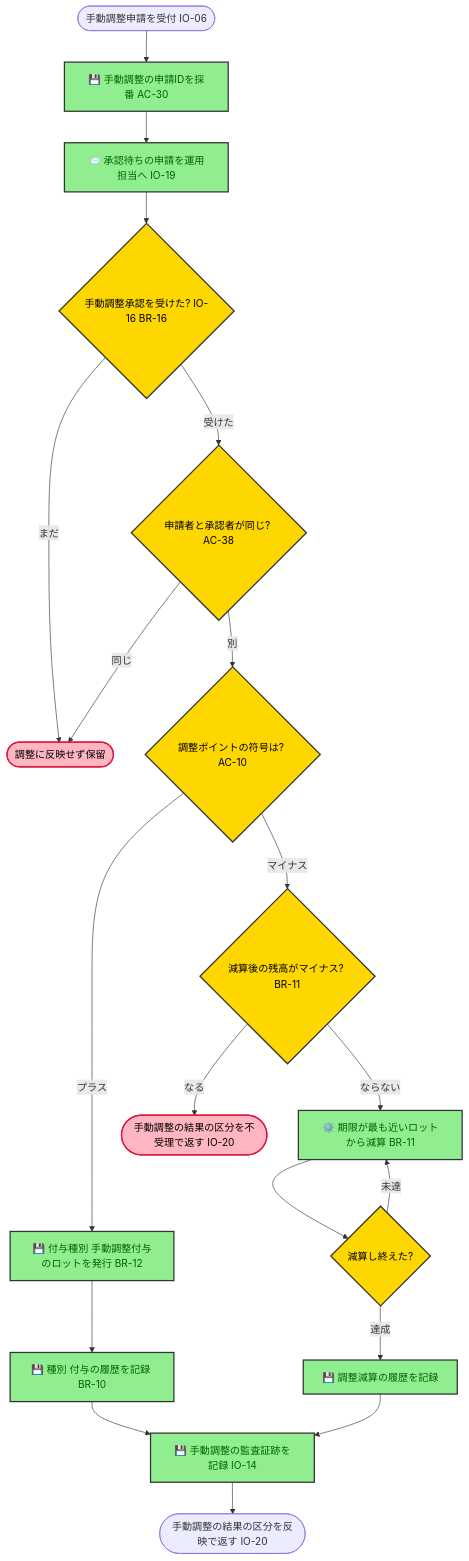
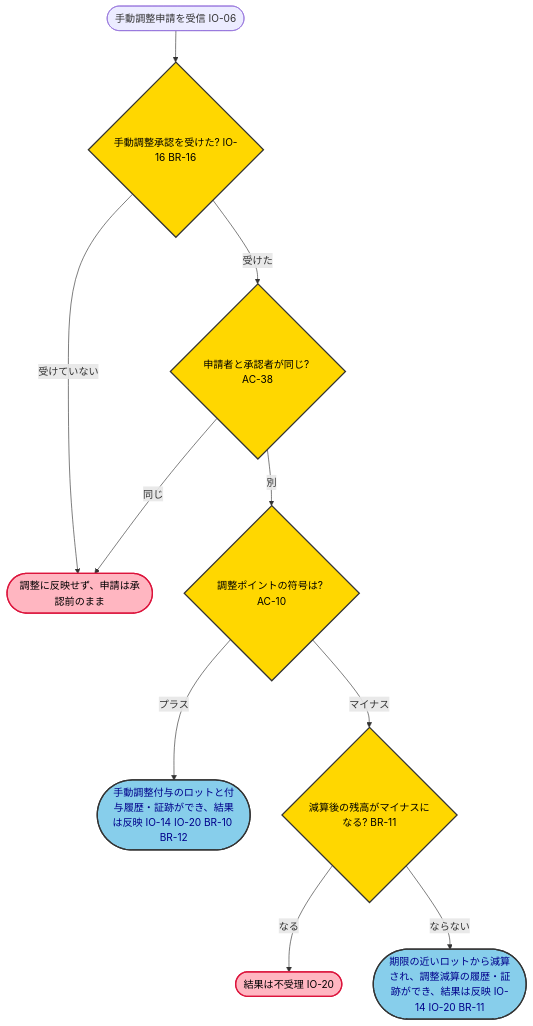
Before and after one commit to kasiopeiya/claude-dev-template: the fifth of 6 diagrams in samples/docs/requirements-detail.md, drawn with Mermaid. The commit also changed other lines of this file and 1 other file, not shown here.

First line of the commit message:
docs: 要件定義書の手本から処理のやり方を外し、アクティビティ図を機能仕様から描き起こす (#1915, #1916)

````diff
--- a/samples/docs/requirements-detail.md
+++ b/samples/docs/requirements-detail.md
@@ -662,28 +615,19 @@
 ```mermaid
 flowchart TD
-    start([手動調整申請を受付 IO-06]) --> id[💾 手動調整の申請IDを採番 AC-30]
-    id --> notify[📨 承認待ちの申請を運用担当へ IO-19]
-    notify --> wait{手動調整承認を受けた? IO-16 BR-16}
-    wait -->|まだ| hold([調整に反映せず保留])
-    wait -->|受けた| same{申請者と承認者が同じ? AC-38}
+    start(["手動調整申請を受信 IO-06"]) --> approval{"手動調整承認を受けた? IO-16 BR-16"}
+    approval -->|受けていない| hold(["調整に反映せず、申請は承認前のまま"])
+    approval -->|受けた| same{"申請者と承認者が同じ? AC-38"}
     same -->|同じ| hold
-    same -->|別| sign{調整ポイントの符号は? AC-10}
-    sign -->|プラス| lot[💾 付与種別 手動調整付与のロットを発行 BR-12]
-    sign -->|マイナス| neg{減算後の残高がマイナス? BR-11}
-    neg -->|なる| reject([手動調整の結果の区分を不受理で返す IO-20])
-    neg -->|ならない| pick[⚙️ 期限が最も近いロットから減算 BR-11]
-    pick --> left{減算し終えた?}
-    left -->|未達| pick
-    left -->|達成| hist[💾 調整減算の履歴を記録]
-    lot --> histp[💾 種別 付与の履歴を記録 BR-10]
-    histp --> trail[💾 手動調整の監査証跡を記録 IO-14]
-    hist --> trail
-    trail --> resp([手動調整の結果の区分を反映で返す IO-20])
+    same -->|別| sign{"調整ポイントの符号は? AC-10"}
+    sign -->|プラス| plus(["手動調整付与のロットと付与履歴・証跡ができ、結果は反映 IO-14 IO-20 BR-10 BR-12"])
+    sign -->|マイナス| neg{"減算後の残高がマイナスになる? BR-11"}
+    neg -->|なる| reject(["結果は不受理 IO-20"])
+    neg -->|ならない| minus(["期限の近いロットから減算され、調整減算の履歴・証跡ができ、結果は反映 IO-14 IO-20 BR-11"])
 
-    classDef step fill:#90EE90,stroke:#333,stroke-width:2px,color:darkgreen
     classDef decision fill:#FFD700,stroke:#333,stroke-width:2px,color:black
+    classDef result fill:#87CEEB,stroke:#333,stroke-width:2px,color:darkblue
     classDef error fill:#FFB6C1,stroke:#DC143C,stroke-width:2px,color:black
-    class id,notify,lot,histp,pick,hist,trail step
-    class wait,same,sign,neg,left decision
+    class approval,same,sign,neg decision
+    class plus,minus result
     class hold,reject error
 ```
````
